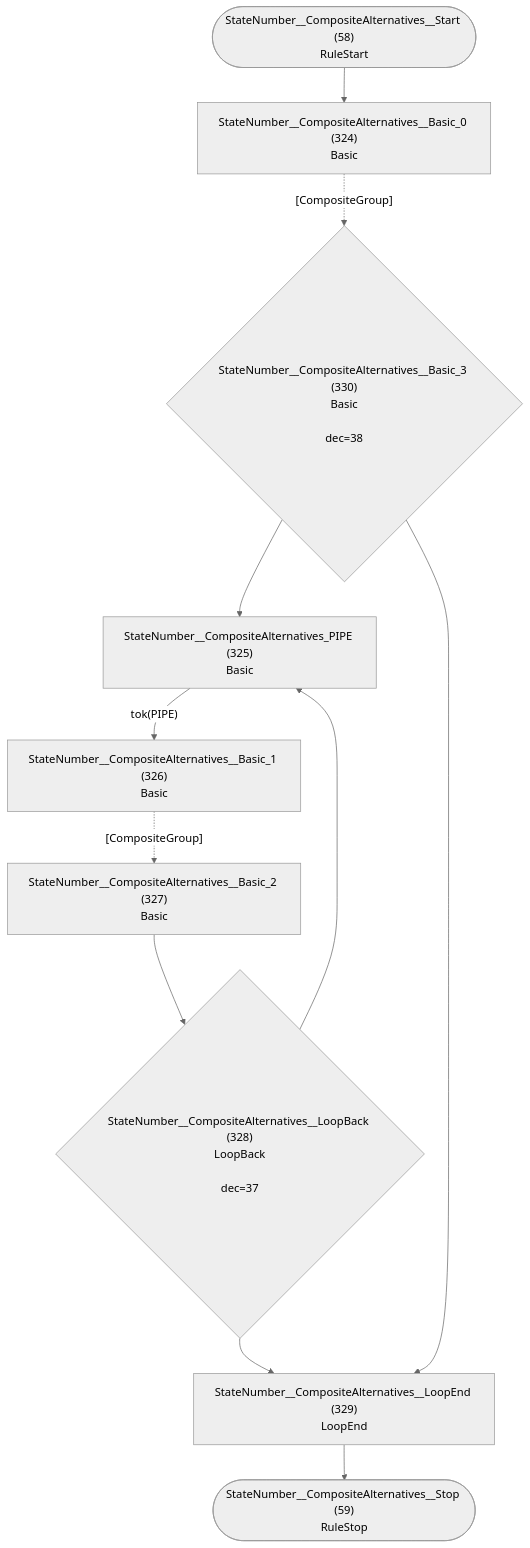
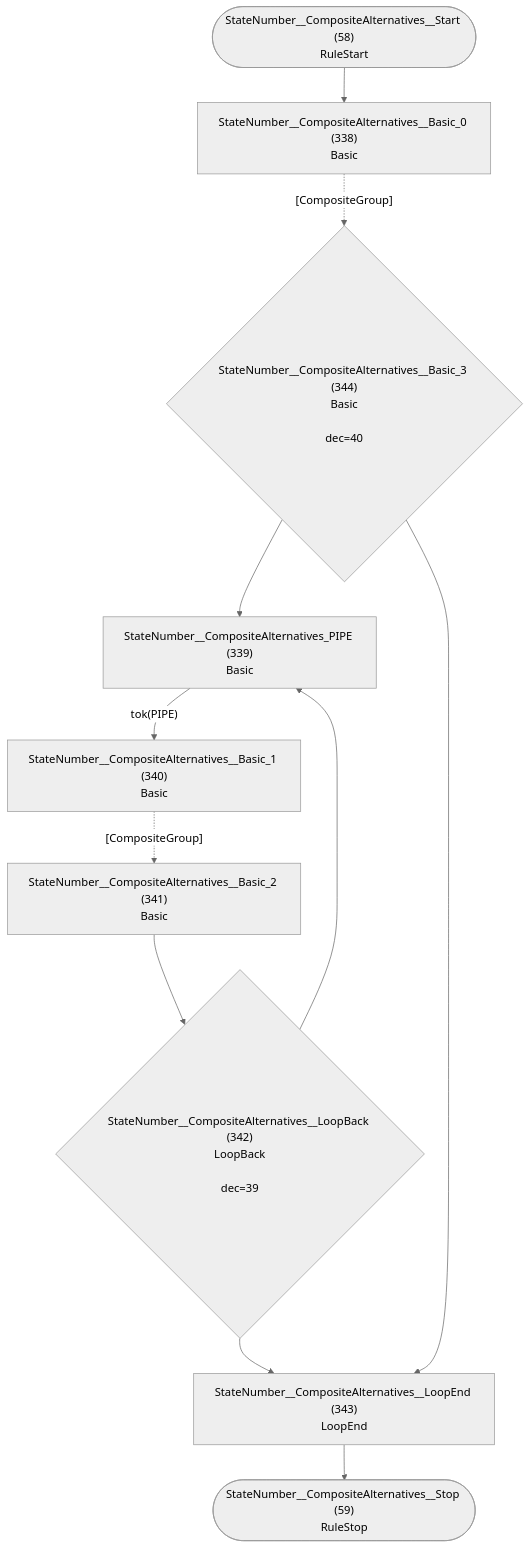
One commit to TypeFox/fastbelt changed diagram 30 of 32 in internal/grammar/atn.md. Above: the diagram before and after it, drawn with Mermaid (neutral theme). The commit also changed other lines of this file and 21 other files, not shown here.

````diff
--- a/internal/grammar/atn.md
+++ b/internal/grammar/atn.md
@@ -866,23 +898,23 @@
 ```mermaid
 flowchart TD
     q58(["StateNumber__CompositeAlternatives__Start (58)<br/>RuleStart"])
     q59(["StateNumber__CompositeAlternatives__Stop (59)<br/>RuleStop"])
-    q324["StateNumber__CompositeAlternatives__Basic_0 (324)<br/>Basic<br/>"]
-    q325["StateNumber__CompositeAlternatives_PIPE (325)<br/>Basic<br/>"]
-    q326["StateNumber__CompositeAlternatives__Basic_1 (326)<br/>Basic<br/>"]
-    q327["StateNumber__CompositeAlternatives__Basic_2 (327)<br/>Basic<br/>"]
-    q328{"StateNumber__CompositeAlternatives__LoopBack (328)<br/>LoopBack<br/><br/>dec=37"}
-    q329["StateNumber__CompositeAlternatives__LoopEnd (329)<br/>LoopEnd<br/>"]
-    q330{"StateNumber__CompositeAlternatives__Basic_3 (330)<br/>Basic<br/><br/>dec=38"}
+    q338["StateNumber__CompositeAlternatives__Basic_0 (338)<br/>Basic<br/>"]
+    q339["StateNumber__CompositeAlternatives_PIPE (339)<br/>Basic<br/>"]
+    q340["StateNumber__CompositeAlternatives__Basic_1 (340)<br/>Basic<br/>"]
+    q341["StateNumber__CompositeAlternatives__Basic_2 (341)<br/>Basic<br/>"]
+    q342{"StateNumber__CompositeAlternatives__LoopBack (342)<br/>LoopBack<br/><br/>dec=39"}
+    q343["StateNumber__CompositeAlternatives__LoopEnd (343)<br/>LoopEnd<br/>"]
+    q344{"StateNumber__CompositeAlternatives__Basic_3 (344)<br/>Basic<br/><br/>dec=40"}
 
-    q58 --> q324
-    q324 -.->|"[CompositeGroup]"| q330
-    q325 -->|"tok(PIPE)"| q326
-    q326 -.->|"[CompositeGroup]"| q327
-    q327 --> q328
-    q328 --> q325
-    q328 --> q329
-    q329 --> q59
-    q330 --> q325
-    q330 --> q329
+    q58 --> q338
+    q338 -.->|"[CompositeGroup]"| q344
+    q339 -->|"tok(PIPE)"| q340
+    q340 -.->|"[CompositeGroup]"| q341
+    q341 --> q342
+    q342 --> q339
+    q342 --> q343
+    q343 --> q59
+    q344 --> q339
+    q344 --> q343
 ```
````
